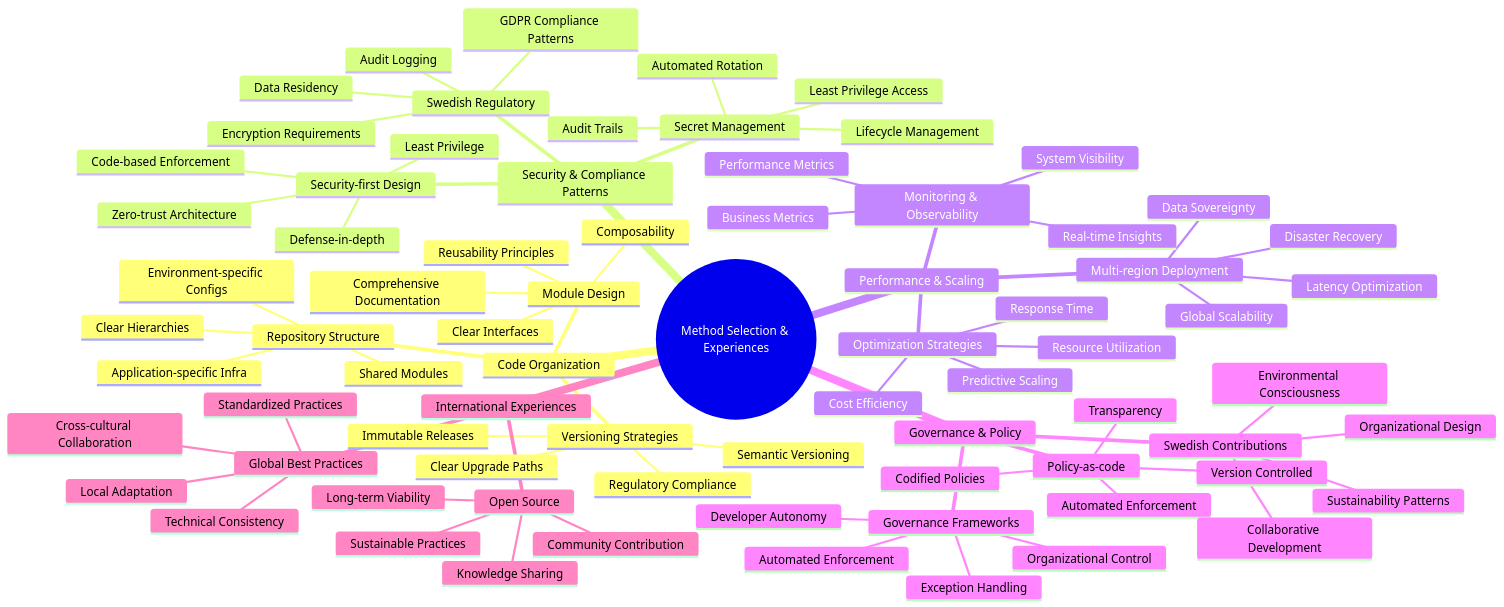
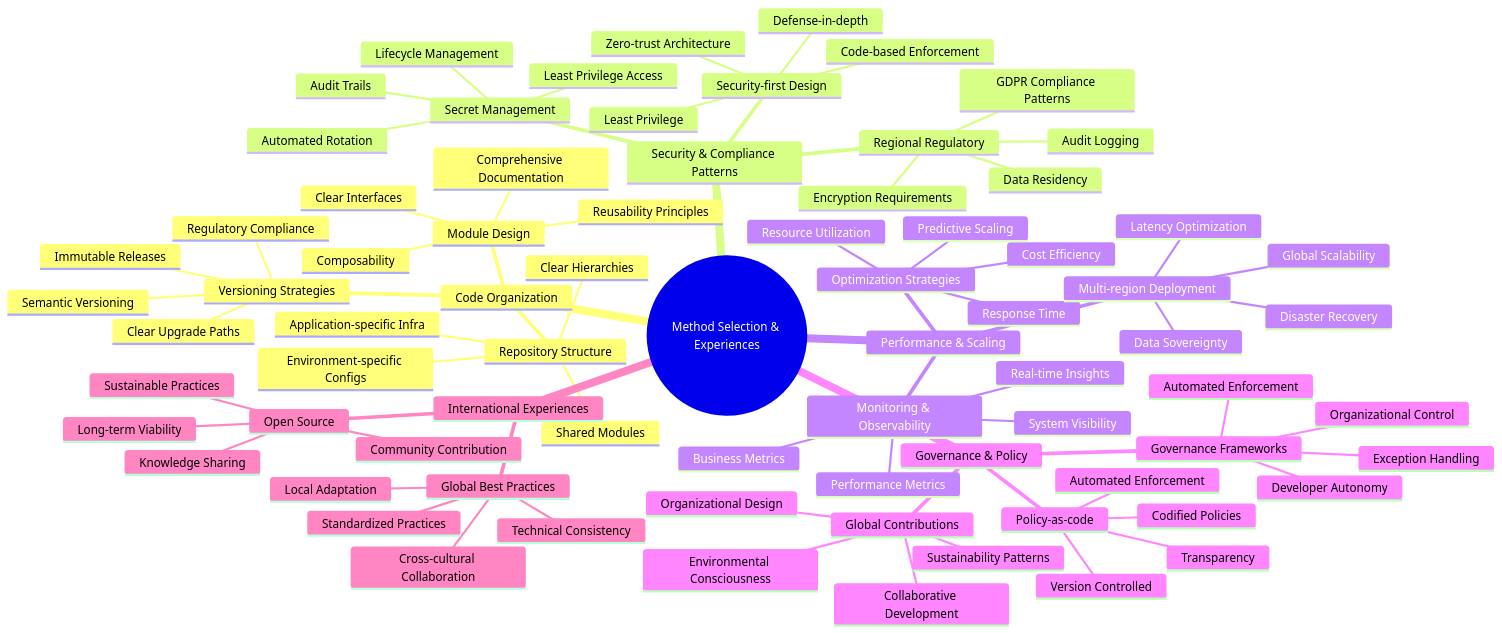
One commit to Geonitab/architecture_as_code changed the diagram in docs/images/mindmap_22_best_practices.mmd. Above: the diagram before and after it, drawn with Mermaid. The commit also changed 6 other files, not shown here.

```diff
--- a/docs/images/mindmap_22_best_practices.mmd
+++ b/docs/images/mindmap_22_best_practices.mmd
@@ -1,77 +1,77 @@
 mindmap
   root((Method Selection & Experiences))
     Code Organization
       Repository Structure
         Shared Modules
         Environment-specific Configs
         Application-specific Infra
         Clear Hierarchies
       Module Design
         Reusability Principles
         Composability
         Clear Interfaces
         Comprehensive Documentation
       Versioning Strategies
         Semantic Versioning
         Immutable Releases
         Clear Upgrade Paths
         Regulatory Compliance
     Security & Compliance Patterns
       Security-first Design
         Defense-in-depth
         Least Privilege
         Zero-trust Architecture
         Code-based Enforcement
-      Swedish Regulatory
+      Regional Regulatory
         GDPR Compliance Patterns
         Data Residency
         Encryption Requirements
         Audit Logging
       Secret Management
         Automated Rotation
         Audit Trails
         Least Privilege Access
         Lifecycle Management
     Performance & Scaling
       Optimization Strategies
         Cost Efficiency
         Resource Utilization
         Response Time
         Predictive Scaling
       Multi-region Deployment
         Global Scalability
         Data Sovereignty
         Latency Optimization
         Disaster Recovery
       Monitoring & Observability
         System Visibility
         Real-time Insights
         Performance Metrics
         Business Metrics
     Governance & Policy
       Governance Frameworks
         Developer Autonomy
         Organizational Control
         Automated Enforcement
         Exception Handling
       Policy-as-code
         Codified Policies
         Version Controlled
         Automated Enforcement
         Transparency
-      Swedish Contributions
+      Global Contributions
         Organizational Design
         Environmental Consciousness
         Collaborative Development
         Sustainability Patterns
     International Experiences
       Global Best Practices
         Cross-cultural Collaboration
         Technical Consistency
         Local Adaptation
         Standardized Practices
       Open Source
         Community Contribution
         Knowledge Sharing
         Sustainable Practices
         Long-term Viability
```
